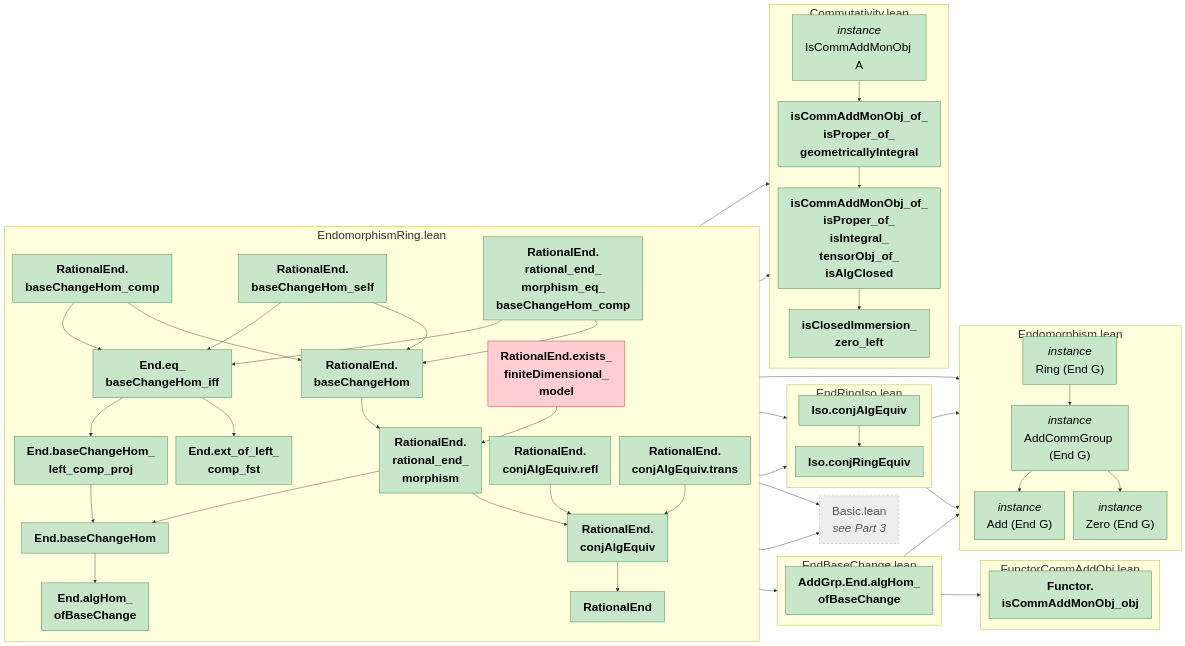
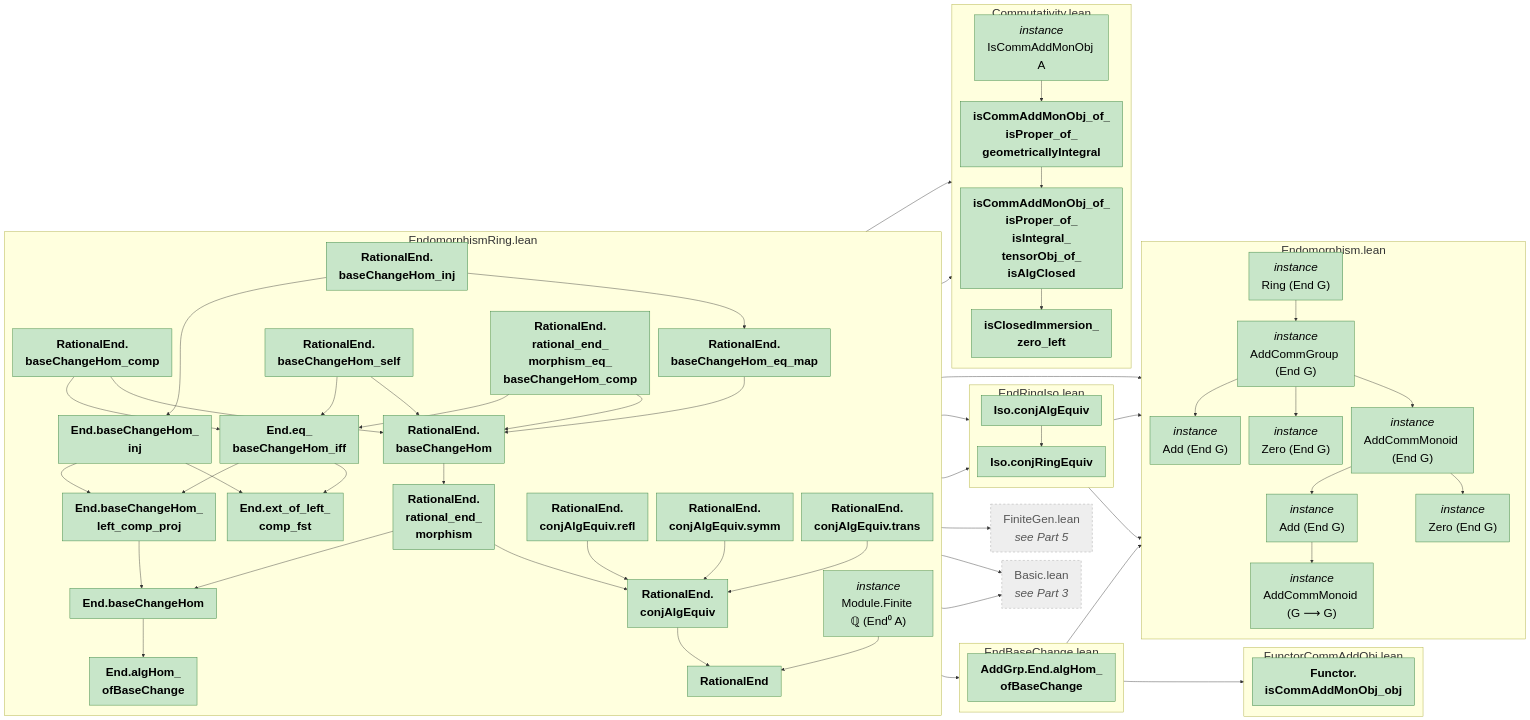
One commit to abhijitaj1997/CMAbelianVarieties changed the second of 5 diagrams in CMAbelianVarieties/MindMapStep2.md. Above: the diagram before and after it, drawn with Mermaid. The commit also changed other lines of this file and 4 other files, not shown here.

````diff
--- a/CMAbelianVarieties/MindMapStep2.md
+++ b/CMAbelianVarieties/MindMapStep2.md
@@ -139,17 +144,21 @@
     direction TB
     n_End_algHom_ofBaseChange["<b>End.algHom_<br/>ofBaseChange</b>"]
     n_End_baseChangeHom["<b>End.baseChangeHom</b>"]
+    n_End_baseChangeHom_inj["<b>End.baseChangeHom_<br/>inj</b>"]
     n_End_baseChangeHom_left_comp_proj["<b>End.baseChangeHom_<br/>left_comp_proj</b>"]
     n_End_eq_baseChangeHom_iff["<b>End.eq_<br/>baseChangeHom_iff</b>"]
     n_End_ext_of_left_comp_fst["<b>End.ext_of_left_<br/>comp_fst</b>"]
     n_RationalEnd["<b>RationalEnd</b>"]
     n_RationalEnd_baseChangeHom["<b>RationalEnd.<br/>baseChangeHom</b>"]
     n_RationalEnd_baseChangeHom_comp["<b>RationalEnd.<br/>baseChangeHom_comp</b>"]
+    n_RationalEnd_baseChangeHom_eq_map["<b>RationalEnd.<br/>baseChangeHom_eq_map</b>"]
+    n_RationalEnd_baseChangeHom_inj["<b>RationalEnd.<br/>baseChangeHom_inj</b>"]
     n_RationalEnd_baseChangeHom_self["<b>RationalEnd.<br/>baseChangeHom_self</b>"]
     n_RationalEnd_conjAlgEquiv["<b>RationalEnd.<br/>conjAlgEquiv</b>"]
     n_RationalEnd_conjAlgEquiv_refl["<b>RationalEnd.<br/>conjAlgEquiv.refl</b>"]
+    n_RationalEnd_conjAlgEquiv_symm["<b>RationalEnd.<br/>conjAlgEquiv.symm</b>"]
     n_RationalEnd_conjAlgEquiv_trans["<b>RationalEnd.<br/>conjAlgEquiv.trans</b>"]
-    n_RationalEnd_exists_finiteDimensional_model["<b>RationalEnd.exists_<br/>finiteDimensional_<br/>model</b>"]
+    n_RationalEnd_instFiniteRat["<i>instance</i><br/>Module.Finite ℚ (End⁰ A)"]
     n_RationalEnd_rational_end_morphism["<b>RationalEnd.<br/>rational_end_<br/>morphism</b>"]
     n_RationalEnd_rational_end_morphism_eq_baseChangeHom_comp["<b>RationalEnd.<br/>rational_end_<br/>morphism_eq_<br/>baseChangeHom_comp</b>"]
   end
@@ -159,18 +168,27 @@
     n_AddGrp_End_instAddEndAddGrpOfIsCommAddMonObjX_cMAbelianVarieties["<i>instance</i><br/>Add (End G)"]
     n_AddGrp_End_instRingEndAddGrpOfIsCommAddMonObjX_cMAbelianVarieties["<i>instance</i><br/>Ring (End G)"]
     n_AddGrp_End_instZeroEndAddGrp_cMAbelianVarieties["<i>instance</i><br/>Zero (End G)"]
+    n_AddMon_End_instAddCommMonoidEndAddMonOfIsCommAddMonObjX_cMAbelianVarieties["<i>instance</i><br/>AddCommMonoid (End G)"]
+    n_AddMon_End_instAddEndAddMonOfIsCommAddMonObjX_cMAbelianVarieties["<i>instance</i><br/>Add (End G)"]
+    n_AddMon_End_instZeroEndAddMon_cMAbelianVarieties["<i>instance</i><br/>Zero (End G)"]
+    n_instAddCommMonoidHomAddMonOfIsCommAddMonObjX_cMAbelianVarieties["<i>instance</i><br/>AddCommMonoid (G ⟶ G)"]
   end
   subgraph m_CMAbelianVarieties_ForMathlib_FunctorCommAddObj["FunctorCommAddObj.lean"]
     direction TB
     n_Functor_isCommAddMonObj_obj["<b>Functor.<br/>isCommAddMonObj_obj</b>"]
   end
+  x_CMAbelianVarieties_AlgebraicGeometry_AbelianVarieties_Homomorphism_FiniteGen["FiniteGen.lean<br/><i>see Part 5</i>"]
   x_CMAbelianVarieties_AlgebraicGeometry_Basic["Basic.lean<br/><i>see Part 3</i>"]
 
   n_AddGrp_End_algHom_ofBaseChange --> n_AddGrp_End_instRingEndAddGrpOfIsCommAddMonObjX_cMAbelianVarieties
   n_AddGrp_End_algHom_ofBaseChange --> n_Functor_isCommAddMonObj_obj
   n_AddGrp_End_instAddCommGroupEndAddGrpOfIsCommAddMonObjX_cMAbelianVarieties --> n_AddGrp_End_instAddEndAddGrpOfIsCommAddMonObjX_cMAbelianVarieties
   n_AddGrp_End_instAddCommGroupEndAddGrpOfIsCommAddMonObjX_cMAbelianVarieties --> n_AddGrp_End_instZeroEndAddGrp_cMAbelianVarieties
+  n_AddGrp_End_instAddCommGroupEndAddGrpOfIsCommAddMonObjX_cMAbelianVarieties --> n_AddMon_End_instAddCommMonoidEndAddMonOfIsCommAddMonObjX_cMAbelianVarieties
   n_AddGrp_End_instRingEndAddGrpOfIsCommAddMonObjX_cMAbelianVarieties --> n_AddGrp_End_instAddCommGroupEndAddGrpOfIsCommAddMonObjX_cMAbelianVarieties
+  n_AddMon_End_instAddCommMonoidEndAddMonOfIsCommAddMonObjX_cMAbelianVarieties --> n_AddMon_End_instAddEndAddMonOfIsCommAddMonObjX_cMAbelianVarieties
+  n_AddMon_End_instAddCommMonoidEndAddMonOfIsCommAddMonObjX_cMAbelianVarieties --> n_AddMon_End_instZeroEndAddMon_cMAbelianVarieties
+  n_AddMon_End_instAddEndAddMonOfIsCommAddMonObjX_cMAbelianVarieties --> n_instAddCommMonoidHomAddMonOfIsCommAddMonObjX_cMAbelianVarieties
   n_AlgebraicGeometry_isCommAddMonObj_of_isProper_of_geometricallyIntegral --> n_AlgebraicGeometry_isCommAddMonObj_of_isProper_of_isIntegral_tensorObj_of_isAlgClosed
   n_AlgebraicGeometry_isCommAddMonObj_of_isProper_of_isIntegral_tensorObj_of_isAlgClosed --> n_AlgebraicGeometry_isClosedImmersion_zero_left
   n_CategoryTheory_Iso_conjAlgEquiv --> n_AddGrp_End_instRingEndAddGrpOfIsCommAddMonObjX_cMAbelianVarieties
@@ -181,6 +199,8 @@
   n_End_baseChangeHom --> n_CategoryTheory_Iso_conjAlgEquiv
   n_End_baseChangeHom --> n_End_algHom_ofBaseChange
   n_End_baseChangeHom --> n_instIsCommAddMonObjOverSchemeSpecOf_cMAbelianVarieties
+  n_End_baseChangeHom_inj --> n_End_baseChangeHom_left_comp_proj
+  n_End_baseChangeHom_inj --> n_End_ext_of_left_comp_fst
   n_End_baseChangeHom_left_comp_proj --> n_End_baseChangeHom
   n_End_eq_baseChangeHom_iff --> n_End_baseChangeHom_left_comp_proj
   n_End_eq_baseChangeHom_iff --> n_End_ext_of_left_comp_fst
@@ -190,13 +210,18 @@
   n_RationalEnd_baseChangeHom --> n_RationalEnd_rational_end_morphism
   n_RationalEnd_baseChangeHom_comp --> n_End_eq_baseChangeHom_iff
   n_RationalEnd_baseChangeHom_comp --> n_RationalEnd_baseChangeHom
+  n_RationalEnd_baseChangeHom_eq_map --> n_RationalEnd_baseChangeHom
+  n_RationalEnd_baseChangeHom_inj --> n_End_baseChangeHom_inj
+  n_RationalEnd_baseChangeHom_inj --> n_RationalEnd_baseChangeHom_eq_map
   n_RationalEnd_baseChangeHom_self --> n_End_eq_baseChangeHom_iff
   n_RationalEnd_baseChangeHom_self --> n_RationalEnd_baseChangeHom
   n_RationalEnd_conjAlgEquiv --> n_CategoryTheory_Iso_conjAlgEquiv
   n_RationalEnd_conjAlgEquiv --> n_RationalEnd
   n_RationalEnd_conjAlgEquiv_refl --> n_RationalEnd_conjAlgEquiv
+  n_RationalEnd_conjAlgEquiv_symm --> n_RationalEnd_conjAlgEquiv
   n_RationalEnd_conjAlgEquiv_trans --> n_RationalEnd_conjAlgEquiv
-  n_RationalEnd_exists_finiteDimensional_model --> n_RationalEnd_rational_end_morphism
+  n_RationalEnd_instFiniteRat --> n_RationalEnd
+  n_RationalEnd_instFiniteRat --> x_CMAbelianVarieties_AlgebraicGeometry_AbelianVarieties_Homomorphism_FiniteGen
   n_RationalEnd_rational_end_morphism --> n_End_baseChangeHom
   n_RationalEnd_rational_end_morphism --> n_RationalEnd_conjAlgEquiv
   n_RationalEnd_rational_end_morphism_eq_baseChangeHom_comp --> n_End_eq_baseChangeHom_iff
@@ -207,7 +232,6 @@
   classDef bad fill:#ffcdd2,stroke:#c62828,color:#000
   classDef main fill:#ffd54f,stroke:#b8860b,stroke-width:3px,color:#000
   classDef ext fill:#eeeeee,stroke:#9e9e9e,stroke-dasharray:5 5,color:#555
-  class n_AddGrp_End_algHom_ofBaseChange,n_AddGrp_End_instAddCommGroupEndAddGrpOfIsCommAddMonObjX_cMAbelianVarieties,n_AddGrp_End_instAddEndAddGrpOfIsCommAddMonObjX_cMAbelianVarieties,n_AddGrp_End_instRingEndAddGrpOfIsCommAddMonObjX_cMAbelianVarieties,n_AddGrp_End_instZeroEndAddGrp_cMAbelianVarieties,n_AlgebraicGeometry_isClosedImmersion_zero_left,n_AlgebraicGeometry_isCommAddMonObj_of_isProper_of_geometricallyIntegral,n_AlgebraicGeometry_isCommAddMonObj_of_isProper_of_isIntegral_tensorObj_of_isAlgClosed,n_CategoryTheory_Iso_conjAlgEquiv,n_CategoryTheory_Iso_conjRingEquiv,n_End_algHom_ofBaseChange,n_End_baseChangeHom,n_End_baseChangeHom_left_comp_proj,n_End_eq_baseChangeHom_iff,n_End_ext_of_left_comp_fst,n_Functor_isCommAddMonObj_obj,n_RationalEnd,n_RationalEnd_baseChangeHom,n_RationalEnd_baseChangeHom_comp,n_RationalEnd_baseChangeHom_self,n_RationalEnd_conjAlgEquiv,n_RationalEnd_conjAlgEquiv_refl,n_RationalEnd_conjAlgEquiv_trans,n_RationalEnd_rational_end_morphism,n_RationalEnd_rational_end_morphism_eq_baseChangeHom_comp,n_instIsCommAddMonObjOverSchemeSpecOf_cMAbelianVarieties ok
-  class n_RationalEnd_exists_finiteDimensional_model bad
-  class x_CMAbelianVarieties_AlgebraicGeometry_Basic ext
+  class n_AddGrp_End_algHom_ofBaseChange,n_AddGrp_End_instAddCommGroupEndAddGrpOfIsCommAddMonObjX_cMAbelianVarieties,n_AddGrp_End_instAddEndAddGrpOfIsCommAddMonObjX_cMAbelianVarieties,n_AddGrp_End_instRingEndAddGrpOfIsCommAddMonObjX_cMAbelianVarieties,n_AddGrp_End_instZeroEndAddGrp_cMAbelianVarieties,n_AddMon_End_instAddCommMonoidEndAddMonOfIsCommAddMonObjX_cMAbelianVarieties,n_AddMon_End_instAddEndAddMonOfIsCommAddMonObjX_cMAbelianVarieties,n_AddMon_End_instZeroEndAddMon_cMAbelianVarieties,n_AlgebraicGeometry_isClosedImmersion_zero_left,n_AlgebraicGeometry_isCommAddMonObj_of_isProper_of_geometricallyIntegral,n_AlgebraicGeometry_isCommAddMonObj_of_isProper_of_isIntegral_tensorObj_of_isAlgClosed,n_CategoryTheory_Iso_conjAlgEquiv,n_CategoryTheory_Iso_conjRingEquiv,n_End_algHom_ofBaseChange,n_End_baseChangeHom,n_End_baseChangeHom_inj,n_End_baseChangeHom_left_comp_proj,n_End_eq_baseChangeHom_iff,n_End_ext_of_left_comp_fst,n_Functor_isCommAddMonObj_obj,n_RationalEnd,n_RationalEnd_baseChangeHom,n_RationalEnd_baseChangeHom_comp,n_RationalEnd_baseChangeHom_eq_map,n_RationalEnd_baseChangeHom_inj,n_RationalEnd_baseChangeHom_self,n_RationalEnd_conjAlgEquiv,n_RationalEnd_conjAlgEquiv_refl,n_RationalEnd_conjAlgEquiv_symm,n_RationalEnd_conjAlgEquiv_trans,n_RationalEnd_instFiniteRat,n_RationalEnd_rational_end_morphism,n_RationalEnd_rational_end_morphism_eq_baseChangeHom_comp,n_instAddCommMonoidHomAddMonOfIsCommAddMonObjX_cMAbelianVarieties,n_instIsCommAddMonObjOverSchemeSpecOf_cMAbelianVarieties ok
+  class x_CMAbelianVarieties_AlgebraicGeometry_AbelianVarieties_Homomorphism_FiniteGen,x_CMAbelianVarieties_AlgebraicGeometry_Basic ext
 ```
````
